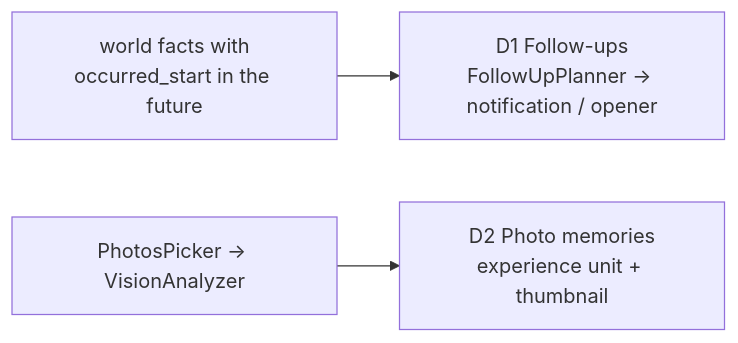
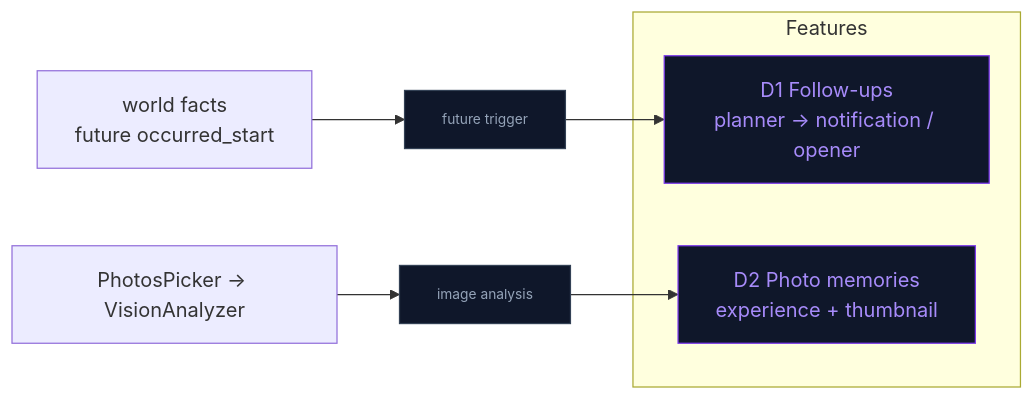
One commit to kevinliddel/NeuraLink changed the diagram in docs/COMPANION_DEPTH_PLAN.md. Above: the diagram before and after it, drawn with Mermaid. The commit also changed other lines of this file and 26 other files, not shown here.

````diff
--- a/docs/COMPANION_DEPTH_PLAN.md
+++ b/docs/COMPANION_DEPTH_PLAN.md
@@ -16,5 +16,31 @@
 ```mermaid
 graph LR
-    F["world facts with<br/>occurred_start in the future"] --> D1["D1 Follow-ups<br/>FollowUpPlanner → notification / opener"]
-    P["PhotosPicker → VisionAnalyzer"] --> D2["D2 Photo memories<br/>experience unit + thumbnail"]
+    %% =======================
+    %% Inputs
+    %% =======================
+    F["world facts<br/>future occurred_start"]
+    P["PhotosPicker → VisionAnalyzer"]
+
+    %% =======================
+    %% Features
+    %% =======================
+    subgraph Features
+        D1F["D1 Follow-ups<br/>planner → notification / opener"]
+        D2F["D2 Photo memories<br/>experience + thumbnail"]
+    end
+
+    %% =======================
+    %% Flows
+    %% =======================
+    F --> D1["future trigger"] --> D1F
+    P --> D2["image analysis"] --> D2F
+
+    %% =======================
+    %% Styles
+    %% =======================
+    classDef feature fill:#0f172a,stroke:#7c3aed,color:#a78bfa
+    classDef data fill:#0f172a,stroke:#334155,color:#94a3b8,font-size:11px
+
+    class D1F,D2F feature
+    class D1,D2 data
 ```
````
